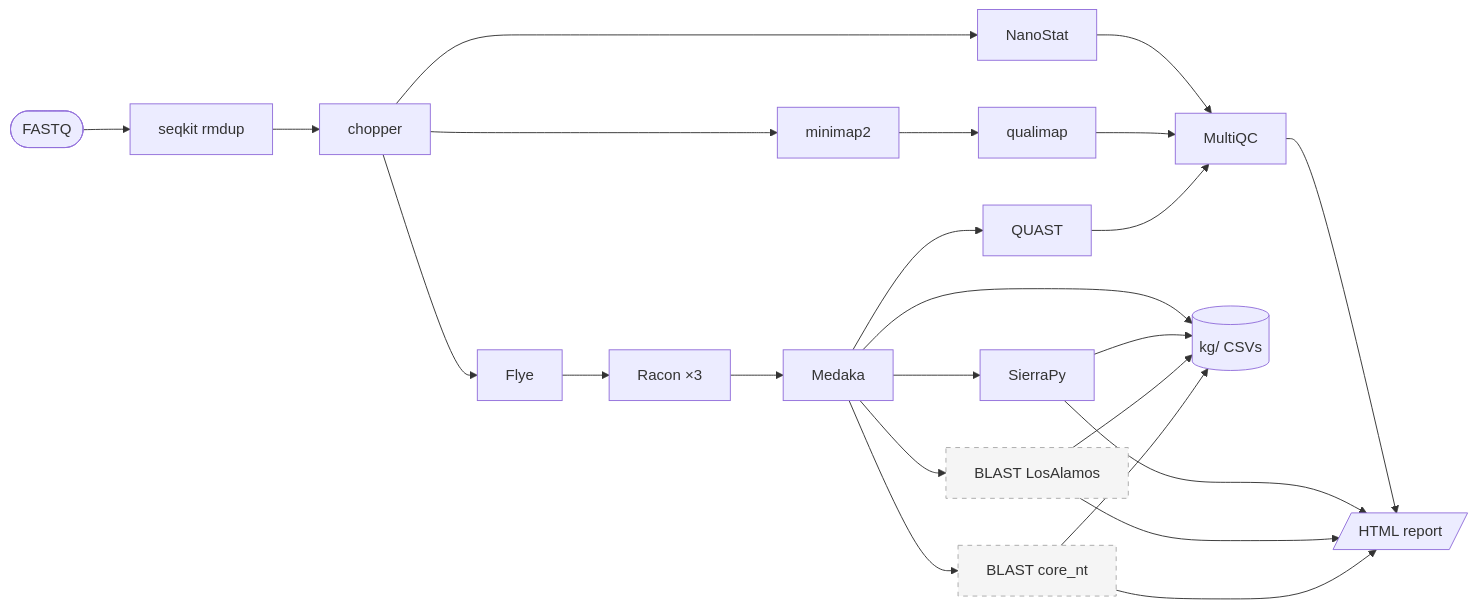
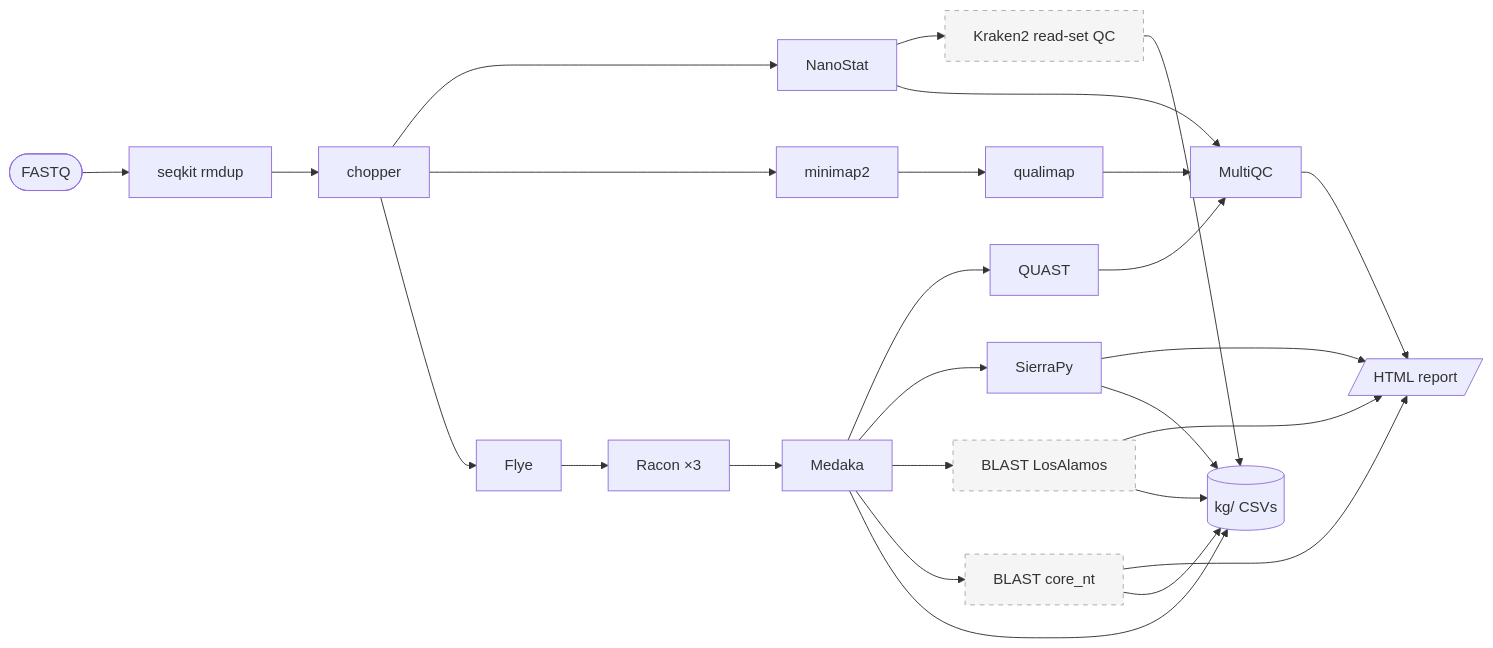
Before and after one commit to STTLab/ViroWatch: the diagram in README.md, drawn with Mermaid. The commit also changed other lines of this file and 6 other files, not shown here.

First line of the commit message:
feat: add optional Kraken2 read-set QC step after NanoStat

````diff
--- a/README.md
+++ b/README.md
@@ -14,19 +14,20 @@
 ```mermaid
 flowchart LR
     FASTQ([FASTQ]) --> DEDUP[seqkit rmdup]
     DEDUP --> CHOP[chopper]
     CHOP --> NS[NanoStat]
+    NS --> K2[Kraken2 read-set QC]:::opt
     CHOP --> MM[minimap2] --> QM[qualimap]
     CHOP --> FLYE[Flye]
     FLYE --> RACON[Racon ×3]
     RACON --> MEDAKA[Medaka]
     MEDAKA --> QUAST[QUAST]
     MEDAKA --> SP[SierraPy]
     MEDAKA --> BLA[BLAST LosAlamos]:::opt
     MEDAKA --> BNT[BLAST core_nt]:::opt
     NS & QM & QUAST --> MQC[MultiQC]
     MQC & SP & BLA & BNT --> RPT[/HTML report/]
-    MEDAKA & SP & BLA & BNT --> KG[(kg/ CSVs)]
+    MEDAKA & SP & BLA & BNT & K2 --> KG[(kg/ CSVs)]
 
     classDef opt fill:#f5f5f5,stroke:#aaa,stroke-dasharray:5 5
 ```
````
